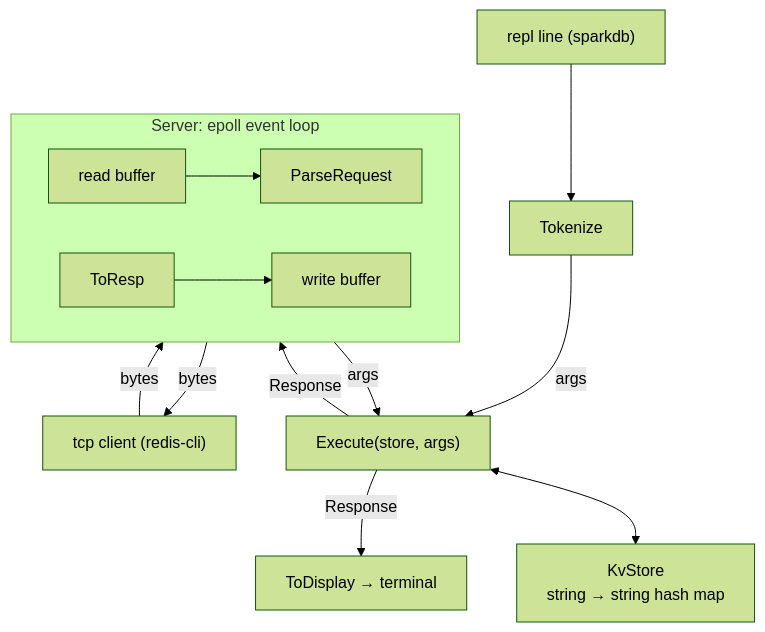
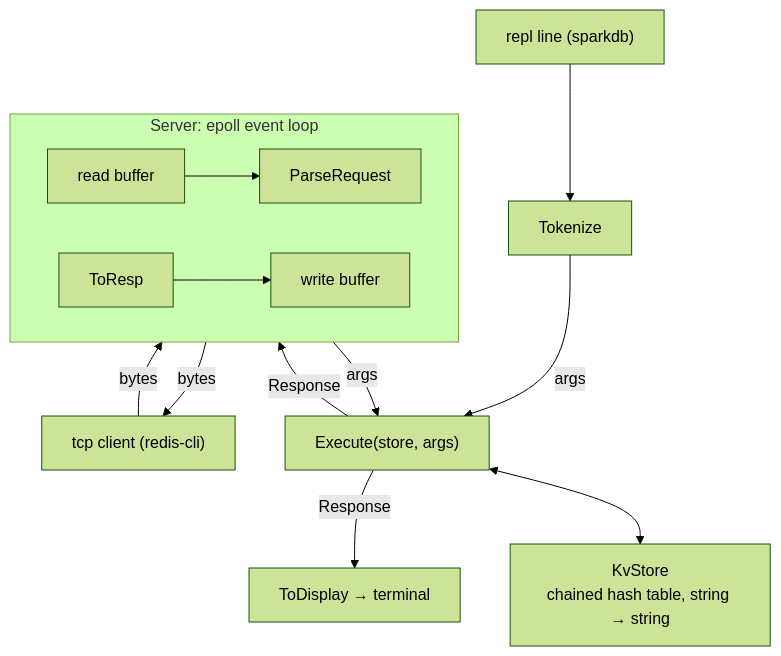
The first of 2 diagrams in README.md (httpanish/sparkDB), drawn with Mermaid (forest theme) before and after one commit. The commit also changed other lines of this file, not shown here.

First line of the commit message:
Update README for the custom hash table and new benchmarks

````diff
--- a/README.md
+++ b/README.md
@@ -76,20 +77,20 @@
 ```mermaid
 flowchart TD
     client["tcp client (redis-cli)"]
     repl["repl line (sparkdb)"]
 
     subgraph server["Server: epoll event loop"]
         direction LR
         rb["read buffer"] --> parse["ParseRequest"]
         toresp["ToResp"] --> wb["write buffer"]
     end
 
     client -- bytes --> rb
     wb -- bytes --> client
     repl --> tok["Tokenize"]
     parse -- args --> exec["Execute(store, args)"]
     tok -- args --> exec
     exec -- Response --> toresp
     exec -- Response --> display["ToDisplay → terminal"]
-    exec <--> store["KvStore<br/>string → string hash map"]
+    exec <--> store["KvStore<br/>chained hash table, string → string"]
 ```
````
